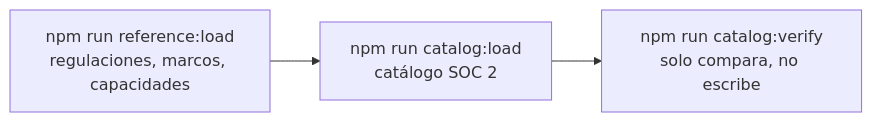
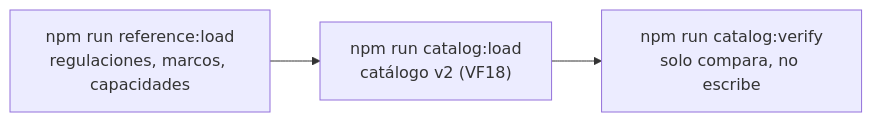
Before and after one commit to Monkey-GRC/Monkey-Brain-IA: the third of 3 diagrams in skills/product/monkey-compliance-council/references/arquitectura/catalogo-maestro/03-flujos.md, drawn with Mermaid. The commit also changed other lines of this file and 14 other files, not shown here.

Commit message:
docs(brain): catalog v2 load contract, D139 additive load with v1 bridges, DT-113, model and roadmap updates (MD-491)

````diff
--- a/skills/product/monkey-compliance-council/references/arquitectura/catalogo-maestro/03-flujos.md
+++ b/skills/product/monkey-compliance-council/references/arquitectura/catalogo-maestro/03-flujos.md
@@ -52,5 +52,5 @@
 ```mermaid
 flowchart LR
-    r["npm run reference:load<br/>regulaciones, marcos, capacidades"] --> c["npm run catalog:load<br/>catálogo SOC 2"]
+    r["npm run reference:load<br/>regulaciones, marcos, capacidades"] --> c["npm run catalog:load<br/>catálogo v2 (VF18)"]
     c --> v["npm run catalog:verify<br/>solo compara, no escribe"]
 ```
````
